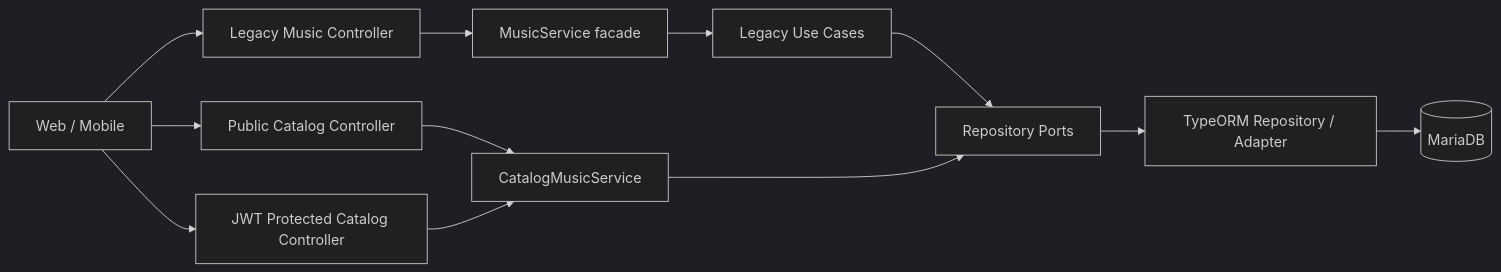
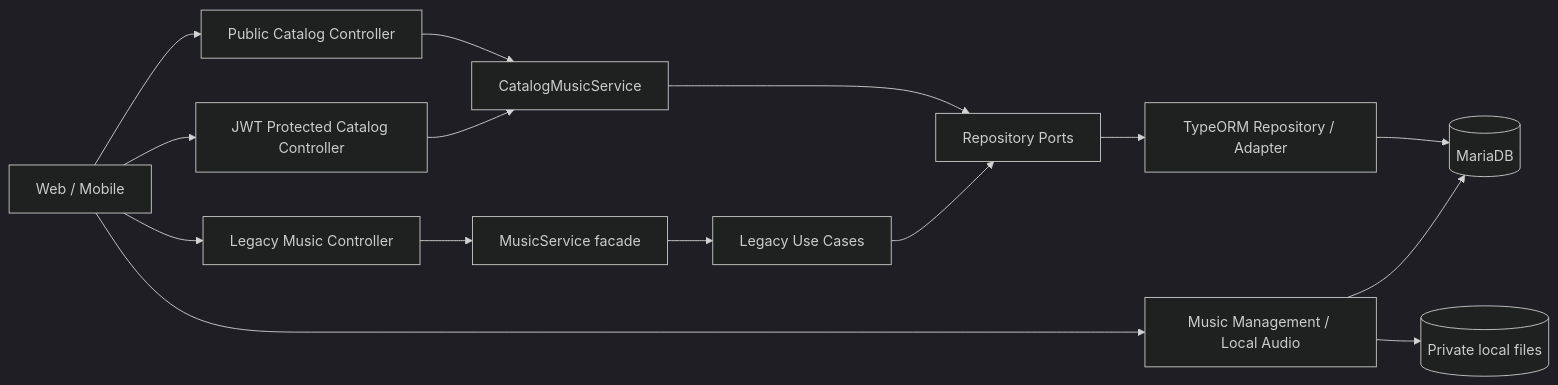
The first of 3 diagrams in docs/music/architecture.kr.md (jang4292/backend_nestJs), drawn with Mermaid (dark theme) before and after one commit. The commit also changed other lines of this file and 64 other files, not shown here.

````diff
--- a/docs/music/architecture.kr.md
+++ b/docs/music/architecture.kr.md
@@ -7,14 +7,17 @@
 ```mermaid
 flowchart LR
   Client[Web / Mobile] --> Public[Public Catalog Controller]
   Client --> Admin[JWT Protected Catalog Controller]
   Client --> Legacy[Legacy Music Controller]
+  Client --> Management[Music Management / Local Audio]
+  Management --> MariaDB
+  Management --> LocalFiles[(Private local files)]
   Public --> CatalogService[CatalogMusicService]
   Admin --> CatalogService
   Legacy --> MusicService[MusicService facade]
   MusicService --> UseCases[Legacy Use Cases]
   UseCases --> Ports[Repository Ports]
   CatalogService --> Ports
   Ports --> TypeORM[TypeORM Repository / Adapter]
   TypeORM --> MariaDB[(MariaDB)]
 ```
````
